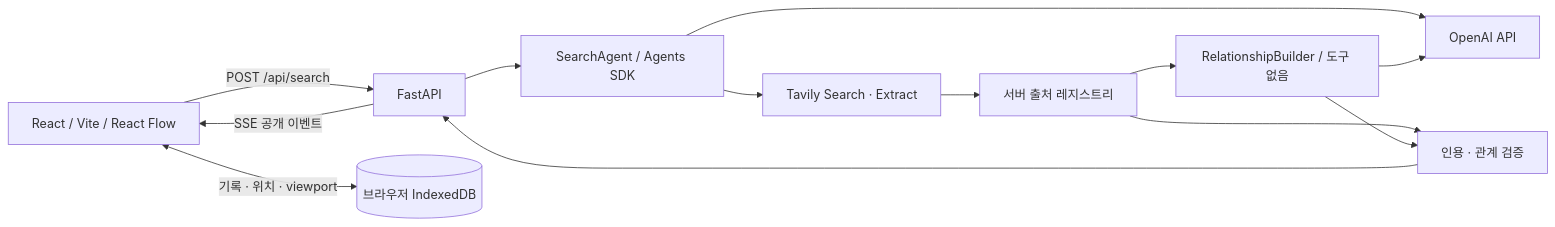
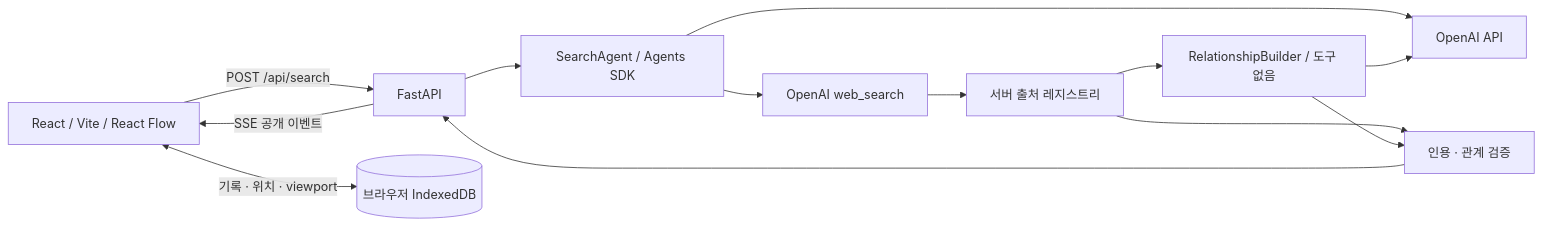
Before and after one commit to rabbitholechat/rabbit-hole: the diagram in README.md, drawn with Mermaid. The commit also changed other lines of this file and 30 other files, not shown here.

````diff
--- a/README.md
+++ b/README.md
@@ -57,15 +73,15 @@
 ```mermaid
 flowchart LR
     U[React / Vite / React Flow] -->|POST /api/search| F[FastAPI]
     F -->|SSE 공개 이벤트| U
     U <-->|기록 · 위치 · viewport| D[(브라우저 IndexedDB)]
     F --> A[SearchAgent / Agents SDK]
     A --> O[OpenAI API]
-    A --> T[Tavily Search · Extract]
+    A --> T[OpenAI web_search]
     T --> R[서버 출처 레지스트리]
     R --> B[RelationshipBuilder / 도구 없음]
     B --> O
     R --> V[인용 · 관계 검증]
     B --> V
     V --> F
 ```
````
